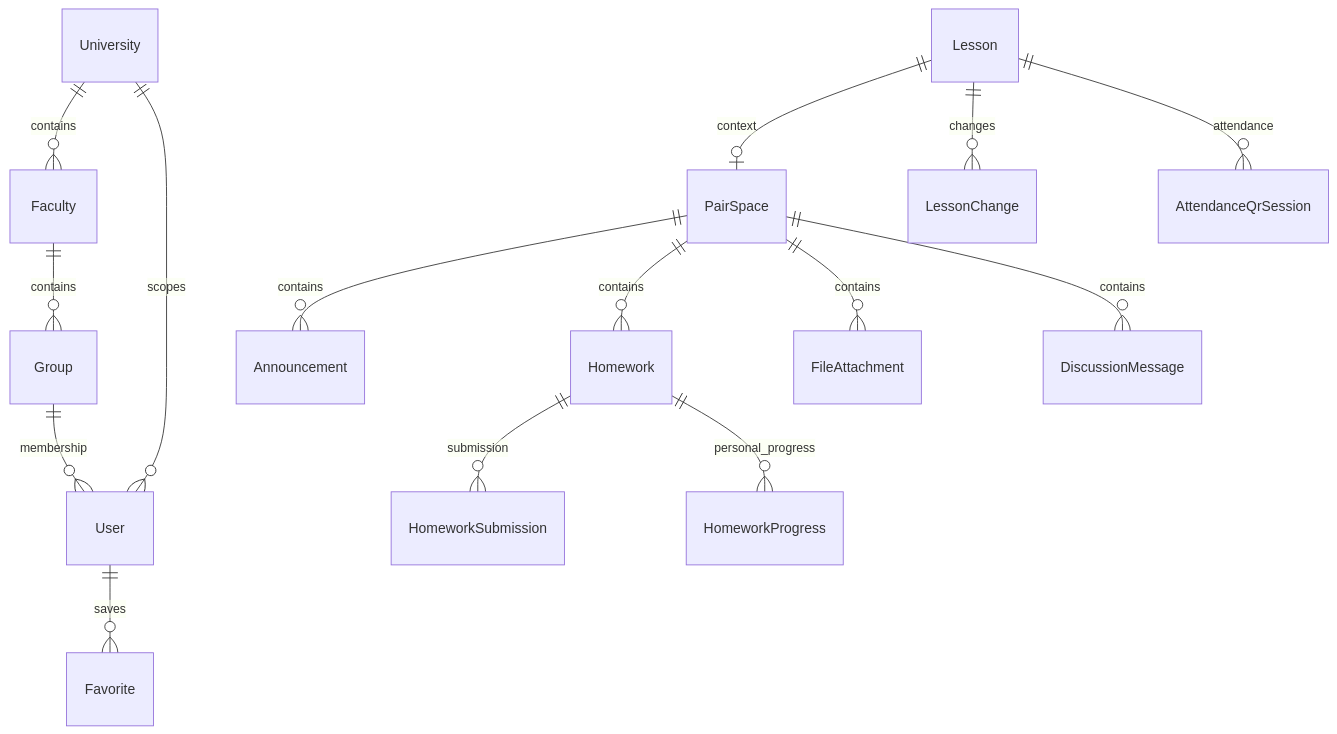
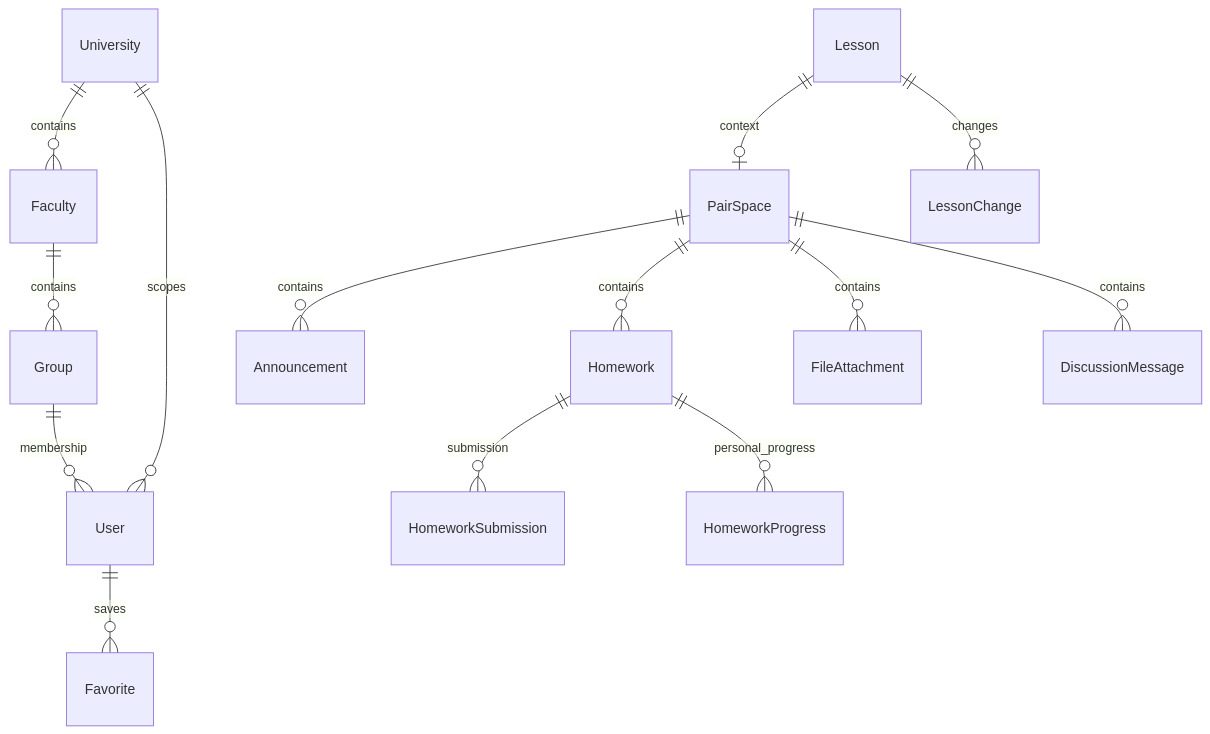
Before and after one commit to DeminLab/NaPare: the diagram in docs/architecture/data-model.md, drawn with Mermaid. The commit also changed other lines of this file and 60 other files, not shown here.

````diff
--- a/docs/architecture/data-model.md
+++ b/docs/architecture/data-model.md
@@ -7,17 +7,16 @@
 ```mermaid
 erDiagram
     University ||--o{ Faculty : contains
     Faculty ||--o{ Group : contains
     University ||--o{ User : scopes
     Group ||--o{ User : membership
     Lesson ||--o| PairSpace : context
     Lesson ||--o{ LessonChange : changes
     PairSpace ||--o{ Announcement : contains
     PairSpace ||--o{ Homework : contains
     PairSpace ||--o{ FileAttachment : contains
     PairSpace ||--o{ DiscussionMessage : contains
     Homework ||--o{ HomeworkSubmission : submission
     Homework ||--o{ HomeworkProgress : personal_progress
     User ||--o{ Favorite : saves
-    Lesson ||--o{ AttendanceQrSession : attendance
 ```
````
